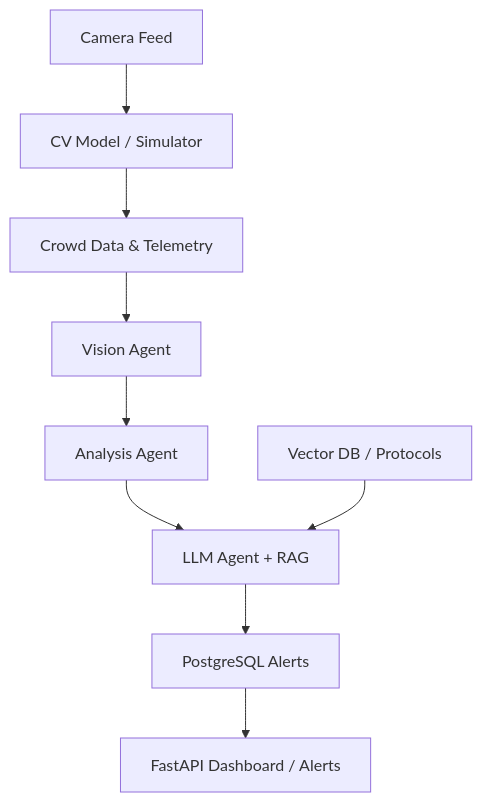
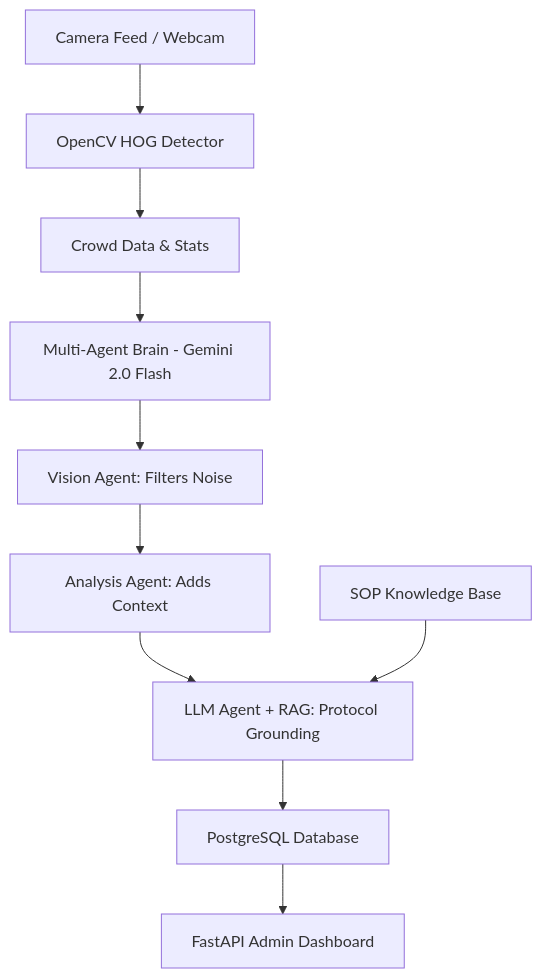
One commit to Edge-Explorer/CopAssist-AI changed the diagram in README.md. Above: the diagram before and after it, drawn with Mermaid. The commit also changed other lines of this file and 1 other file, not shown here.

Commit message:
feat: Add Real CV Detector (OpenCV) and Final Screening README (Neel)

````diff
--- a/README.md
+++ b/README.md
@@ -15,11 +28,12 @@
 ```mermaid
 graph TD
-    A[Camera Feed] --> B[CV Model / Simulator]
-    B --> C[Crowd Data & Telemetry]
-    C --> D[Vision Agent]
-    D --> E[Analysis Agent]
-    E --> F[LLM Agent + RAG]
-    G[Vector DB / Protocols] --> F
-    F --> H[PostgreSQL Alerts]
-    H --> I[FastAPI Dashboard / Alerts]
+    A[Camera Feed / Webcam] --> B[OpenCV HOG Detector]
+    B --> C[Crowd Data & Stats]
+    C --> D[Multi-Agent Brain - Gemini 2.0 Flash]
+    D --> E[Vision Agent: Filters Noise]
+    E --> F[Analysis Agent: Adds Context]
+    F --> G[LLM Agent + RAG: Protocol Grounding]
+    H[SOP Knowledge Base] --> G
+    G --> I[PostgreSQL Database]
+    I --> J[FastAPI Admin Dashboard]
 ```
````
